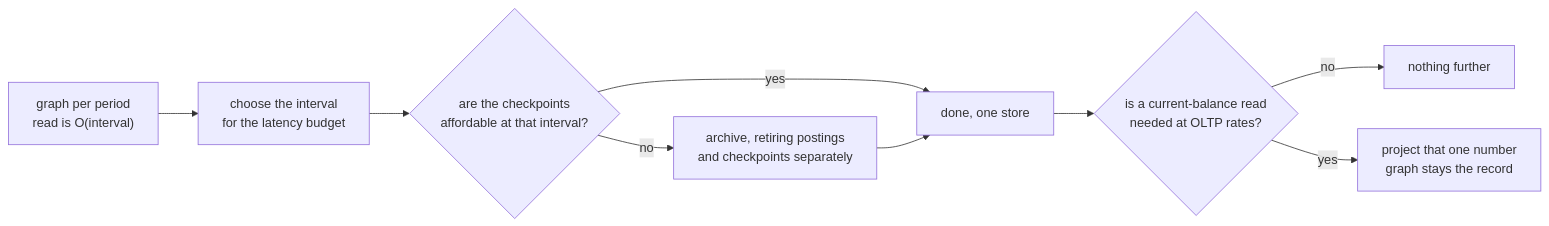
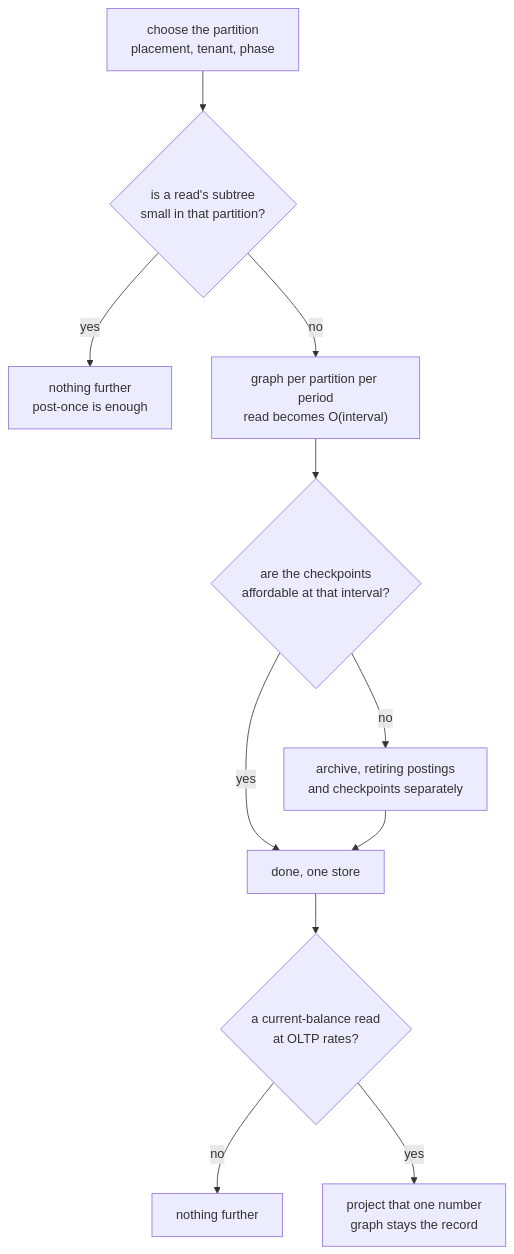
One commit to nebularis/lattice changed the fifth of 5 diagrams in docs/developer/sketches/multi-store-runtime.md. Above: the diagram before and after it, drawn with Mermaid. The commit also changed other lines of this file and 4 other files, not shown here.

````diff
--- a/docs/developer/sketches/multi-store-runtime.md
+++ b/docs/developer/sketches/multi-store-runtime.md
@@ -242,11 +302,13 @@
 ```mermaid
-flowchart LR
-    G["graph per period<br/>read is O(interval)"] --> I["choose the interval<br/>for the latency budget"]
-    I --> S{"are the checkpoints<br/>affordable at that interval?"}
-    S -->|"yes"| D["done, one store"]
-    S -->|"no"| A["archive, retiring postings<br/>and checkpoints separately"]
+flowchart TB
+    PA["choose the partition<br/>placement, tenant, phase"] --> SZ{"is a read's subtree<br/>small in that partition?"}
+    SZ -->|"yes"| N["nothing further<br/>post-once is enough"]
+    SZ -->|"no"| G["graph per partition per period<br/>read becomes O(interval)"]
+    G --> ST{"are the checkpoints<br/>affordable at that interval?"}
+    ST -->|"yes"| D["done, one store"]
+    ST -->|"no"| A["archive, retiring postings<br/>and checkpoints separately"]
     A --> D
-    D --> O{"is a current-balance read<br/>needed at OLTP rates?"}
+    D --> O{"a current-balance read<br/>at OLTP rates?"}
     O -->|"no"| E["nothing further"]
-    O -->|"yes"| P["project that one number<br/>graph stays the record"]
+    O -->|"yes"| PR["project that one number<br/>graph stays the record"]
 ```
````
